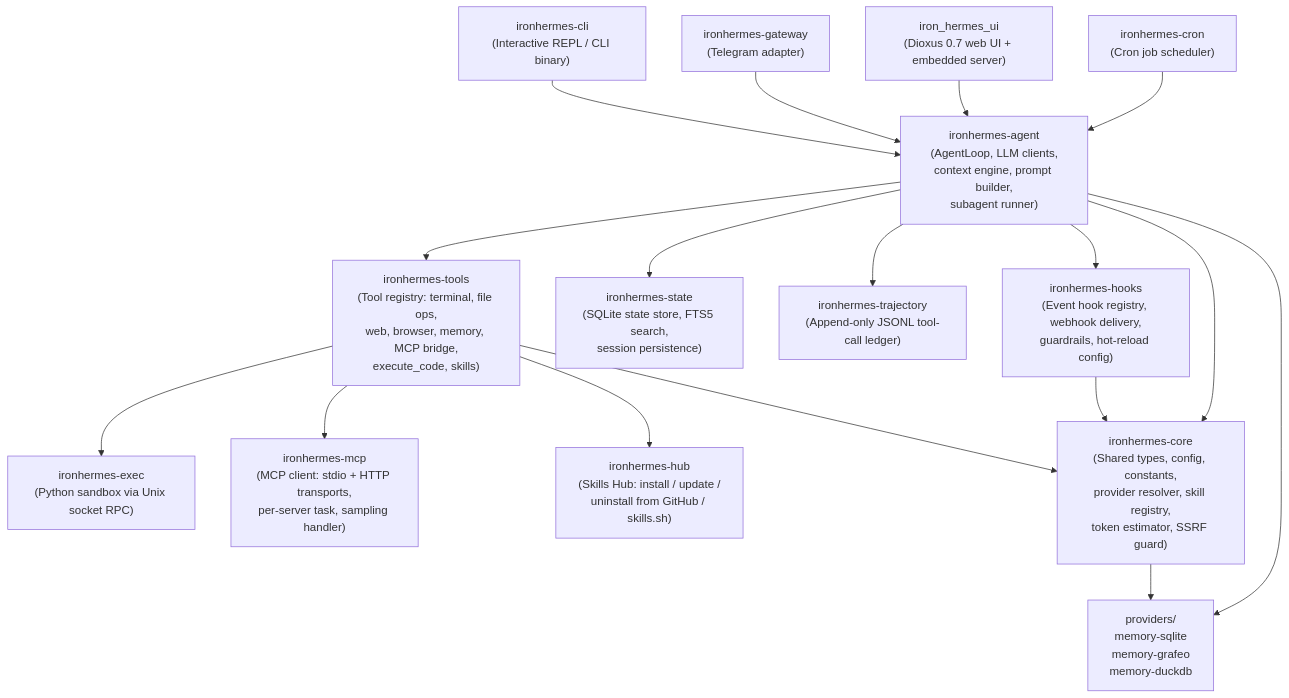
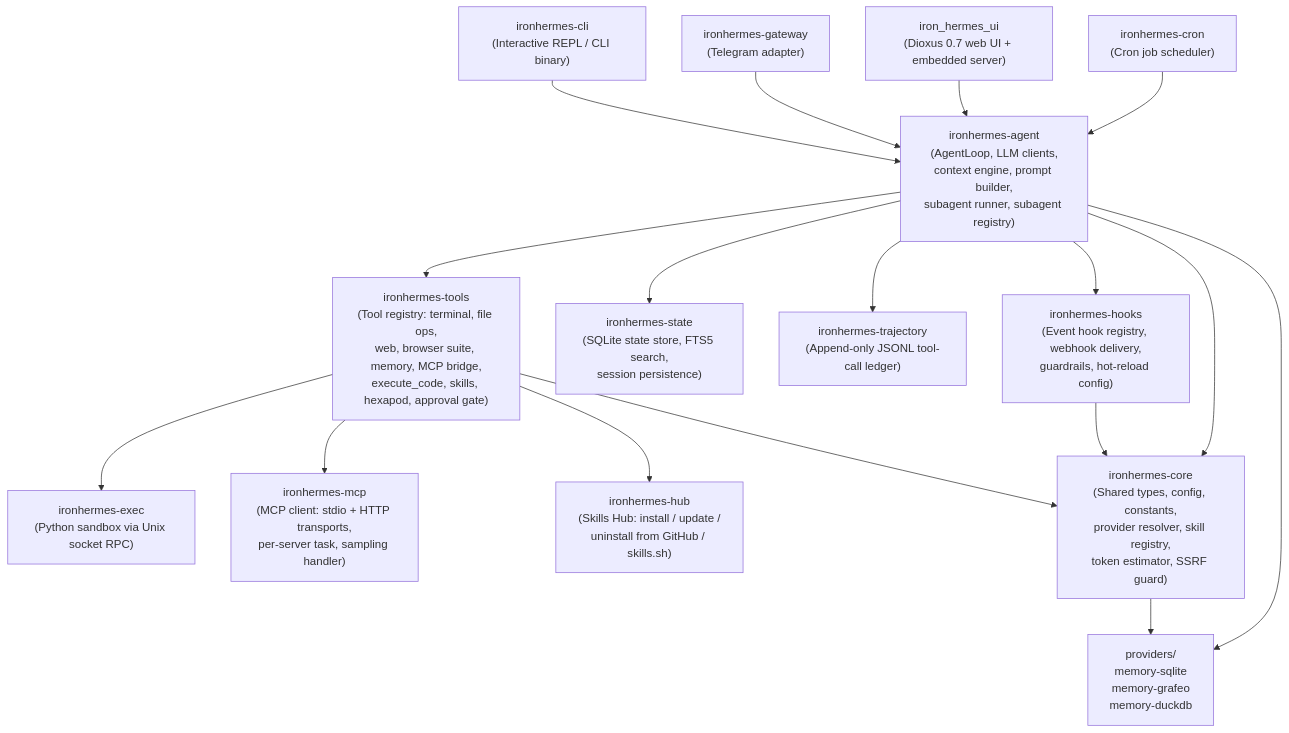
Before and after one commit to bradwilson331/iron-hermes: the diagram in docs/ARCHITECTURE.md, drawn with Mermaid. The commit also changed other lines of this file and 7 other files, not shown here.

````diff
--- a/docs/ARCHITECTURE.md
+++ b/docs/ARCHITECTURE.md
@@ -12,48 +12,48 @@
 ```mermaid
 graph TD
     CLI["ironhermes-cli\n(Interactive REPL / CLI binary)"]
     GW["ironhermes-gateway\n(Telegram adapter)"]
     UI["iron_hermes_ui\n(Dioxus 0.7 web UI + embedded server)"]
 
-    AGENT["ironhermes-agent\n(AgentLoop, LLM clients,\ncontext engine, prompt builder,\nsubagent runner)"]
+    AGENT["ironhermes-agent\n(AgentLoop, LLM clients,\ncontext engine, prompt builder,\nsubagent runner, subagent registry)"]
 
-    TOOLS["ironhermes-tools\n(Tool registry: terminal, file ops,\nweb, browser, memory, MCP bridge,\nexecute_code, skills)"]
+    TOOLS["ironhermes-tools\n(Tool registry: terminal, file ops,\nweb, browser suite, memory, MCP bridge,\nexecute_code, skills, hexapod, approval gate)"]
 
     CORE["ironhermes-core\n(Shared types, config, constants,\nprovider resolver, skill registry,\ntoken estimator, SSRF guard)"]
 
     STATE["ironhermes-state\n(SQLite state store, FTS5 search,\nsession persistence)"]
 
     TRAJ["ironhermes-trajectory\n(Append-only JSONL tool-call ledger)"]
 
     HOOKS["ironhermes-hooks\n(Event hook registry, webhook delivery,\nguardrails, hot-reload config)"]
 
     EXEC["ironhermes-exec\n(Python sandbox via Unix socket RPC)"]
 
     HUB["ironhermes-hub\n(Skills Hub: install / update /\nuninstall from GitHub / skills.sh)"]
 
     MCP["ironhermes-mcp\n(MCP client: stdio + HTTP transports,\nper-server task, sampling handler)"]
 
     CRON["ironhermes-cron\n(Cron job scheduler)"]
 
     MEM["providers/\nmemory-sqlite\nmemory-grafeo\nmemory-duckdb"]
 
     CLI --> AGENT
     GW  --> AGENT
     UI  --> AGENT
 
     AGENT --> TOOLS
     AGENT --> STATE
     AGENT --> TRAJ
     AGENT --> HOOKS
     AGENT --> CORE
 
     TOOLS --> EXEC
     TOOLS --> MCP
     TOOLS --> HUB
     TOOLS --> CORE
 
     AGENT --> MEM
     HOOKS --> CORE
     CRON  --> AGENT
     CORE  --> MEM
 ```
````
